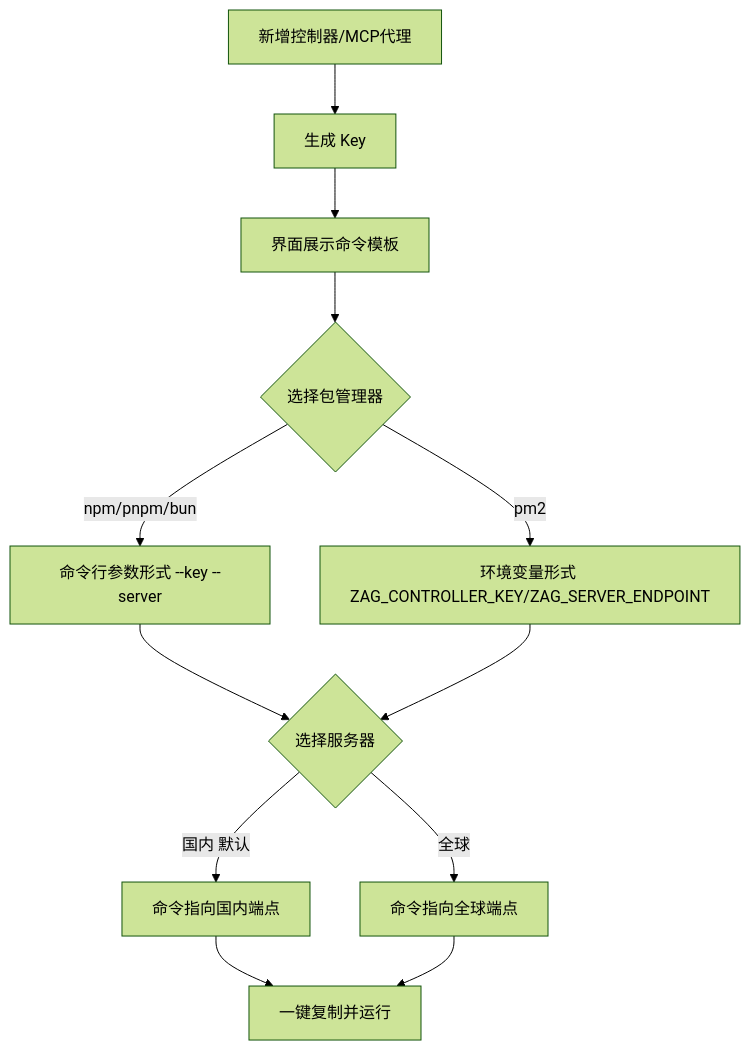
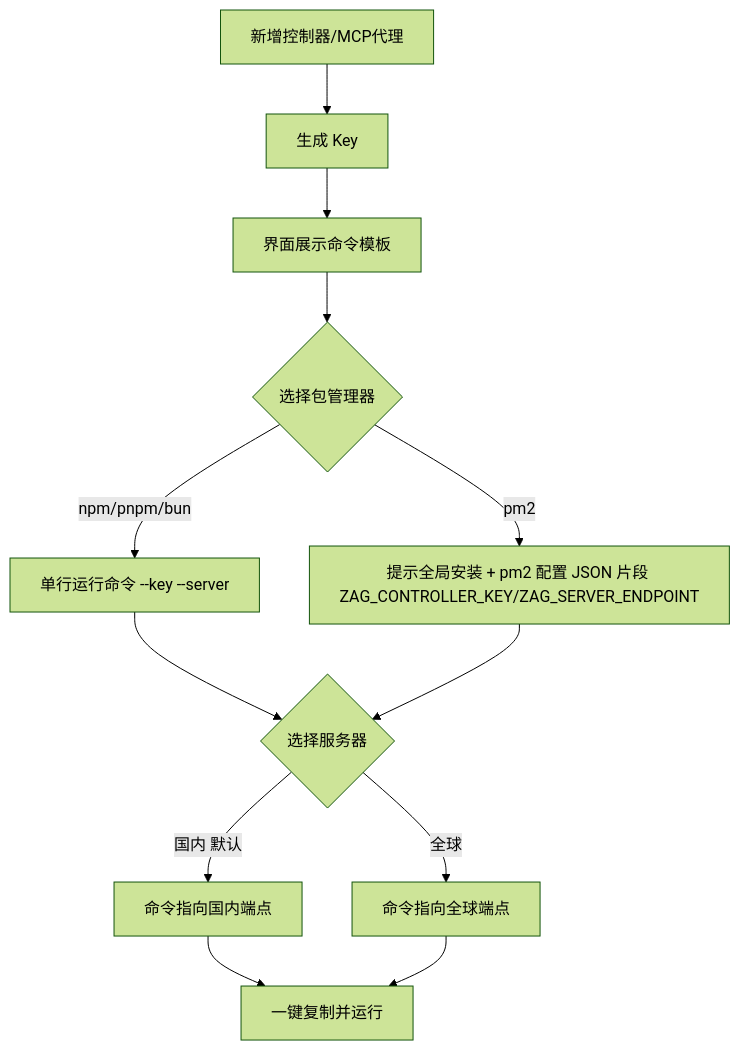
Before and after one commit to Deliay/z-agent-gear: the second of 3 diagrams in docs/product/draft/20260907-experience-optimization-phase1.md, drawn with Mermaid (forest theme). The commit also changed other lines of this file and 1 other file, not shown here.

Commit message:
docs: revise pm2 command template to global install hint plus pm2 config JSON

````diff
--- a/docs/product/draft/20260907-experience-optimization-phase1.md
+++ b/docs/product/draft/20260907-experience-optimization-phase1.md
@@ -135,14 +135,14 @@
 ```mermaid
 flowchart TD
     A[新增控制器/MCP代理] --> B[生成 Key]
     B --> C[界面展示命令模板]
     C --> D{选择包管理器}
-    D -->|npm/pnpm/bun| E[命令行参数形式 --key --server]
-    D -->|pm2| F[环境变量形式 ZAG_CONTROLLER_KEY/ZAG_SERVER_ENDPOINT]
+    D -->|npm/pnpm/bun| E[单行运行命令 --key --server]
+    D -->|pm2| F[提示全局安装 + pm2 配置 JSON 片段 ZAG_CONTROLLER_KEY/ZAG_SERVER_ENDPOINT]
     E --> G{选择服务器}
     F --> G
     G -->|国内 默认| H[命令指向国内端点]
     G -->|全球| I[命令指向全球端点]
     H --> J[一键复制并运行]
     I --> J
 ```
````
